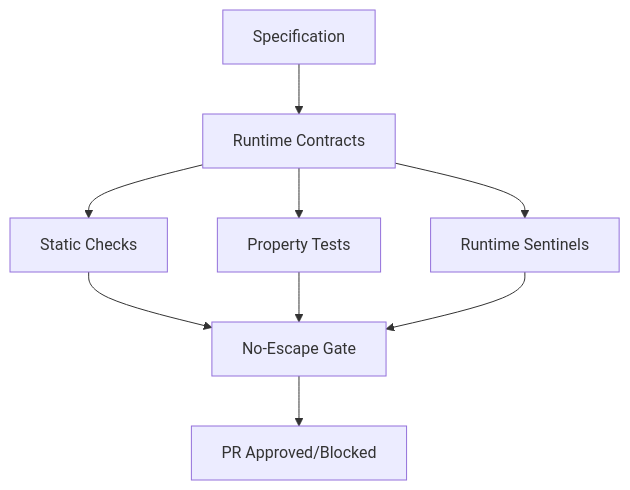
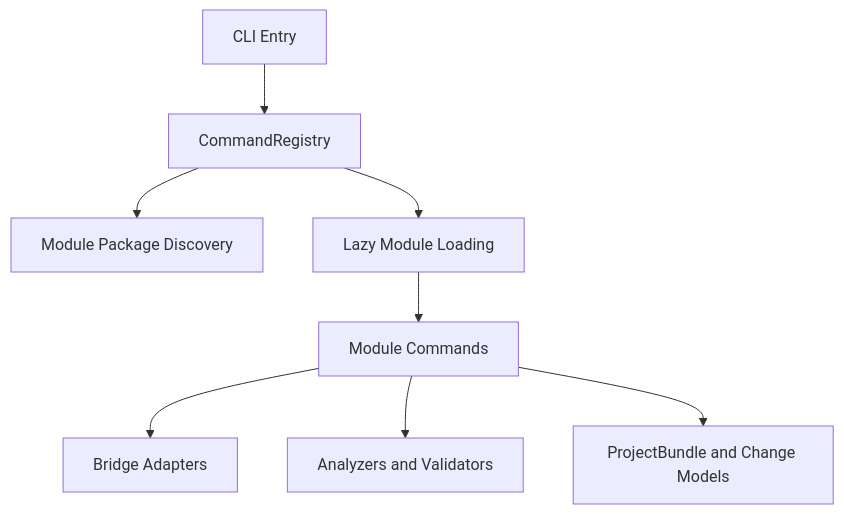
The diagram in docs/reference/architecture.md (nold-ai/specfact-cli), drawn with Mermaid before and after one commit. The commit also changed other lines of this file and 155 other files, not shown here.

````diff
--- a/docs/reference/architecture.md
+++ b/docs/reference/architecture.md
@@ -288,11 +138,10 @@
 ```mermaid
 graph TD
-    A[Specification] --> B[Runtime Contracts]
-    B --> C[Static Checks]
-    B --> D[Property Tests]
-    B --> E[Runtime Sentinels]
-    C --> F[No-Escape Gate]
-    D --> F
-    E --> F
-    F --> G[PR Approved/Blocked]
+    CLI[CLI Entry] --> Registry[CommandRegistry]
+    Registry --> Discovery[Module Package Discovery]
+    Registry --> LazyLoad[Lazy Module Loading]
+    LazyLoad --> Modules[Module Commands]
+    Modules --> Adapters[Bridge Adapters]
+    Modules --> Analysis[Analyzers and Validators]
+    Modules --> Models[ProjectBundle and Change Models]
 ```
````
